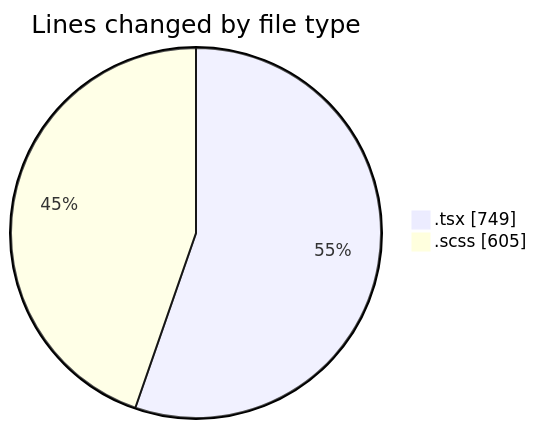
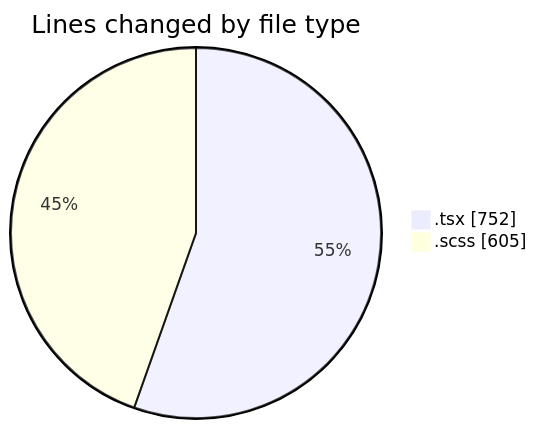
One commit to momahboobian/code-tracking changed the first of 2 diagrams in 2025-03-27/cda/README.md. Above: the diagram before and after it, drawn with Mermaid. The commit also changed other lines of this file and 1 other file, not shown here.

````diff
--- a/2025-03-27/cda/README.md
+++ b/2025-03-27/cda/README.md
@@ -22,6 +22,6 @@
 ```mermaid
 pie showData
 title Lines changed by file type
-".tsx" : 749
+".tsx" : 752
 ".scss" : 605
 ```
````
